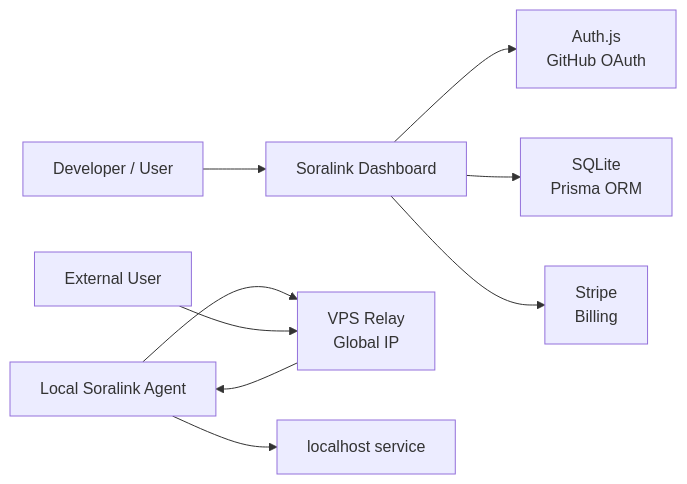
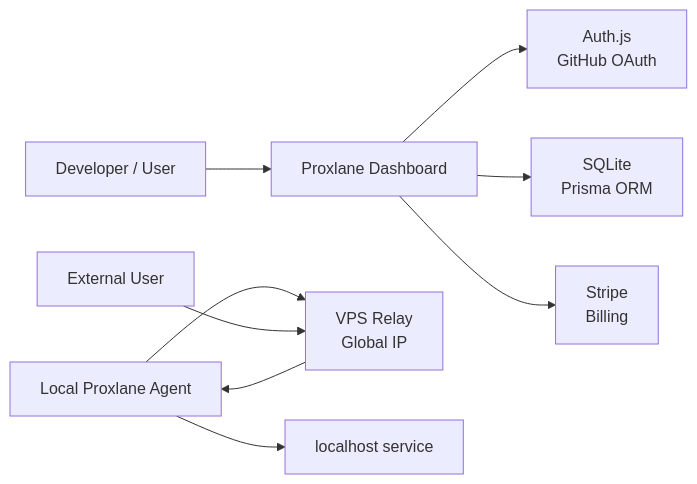
The diagram in README.md (yuzu-krs/proxlane-support), drawn with Mermaid before and after one commit. The commit also changed other lines of this file and 7 other files, not shown here.

````diff
--- a/README.md
+++ b/README.md
@@ -37,11 +39,11 @@
 ```mermaid
 flowchart LR
-    Dev["Developer / User"] --> Dashboard["Soralink Dashboard"]
+    Dev["Developer / User"] --> Dashboard["Proxlane Dashboard"]
     Dashboard --> Auth["Auth.js\nGitHub OAuth"]
     Dashboard --> DB["SQLite\nPrisma ORM"]
     Dashboard --> Stripe["Stripe\nBilling"]
-    Agent["Local Soralink Agent"] --> Relay["VPS Relay\nGlobal IP"]
+    Agent["Local Proxlane Agent"] --> Relay["VPS Relay\nGlobal IP"]
     Internet["External User"] --> Relay
     Relay --> Agent
     Agent --> Local["localhost service"]
 ```
````
